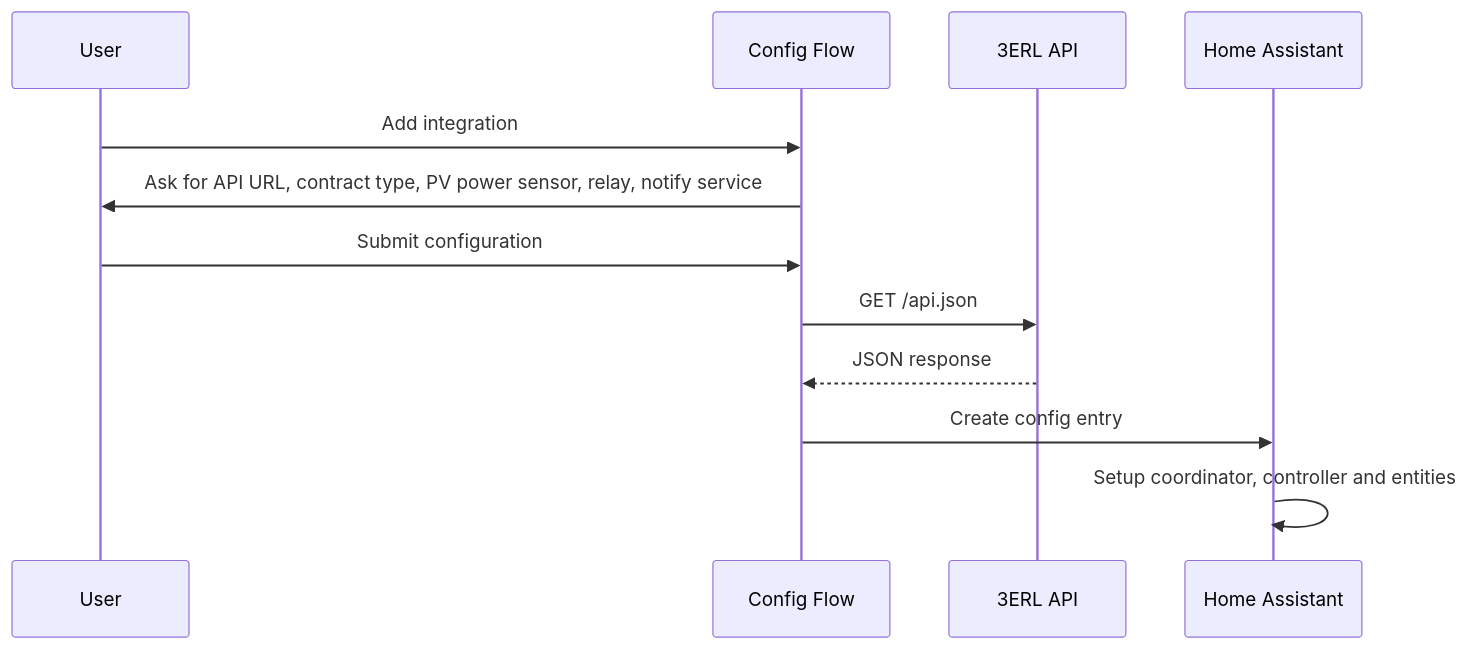
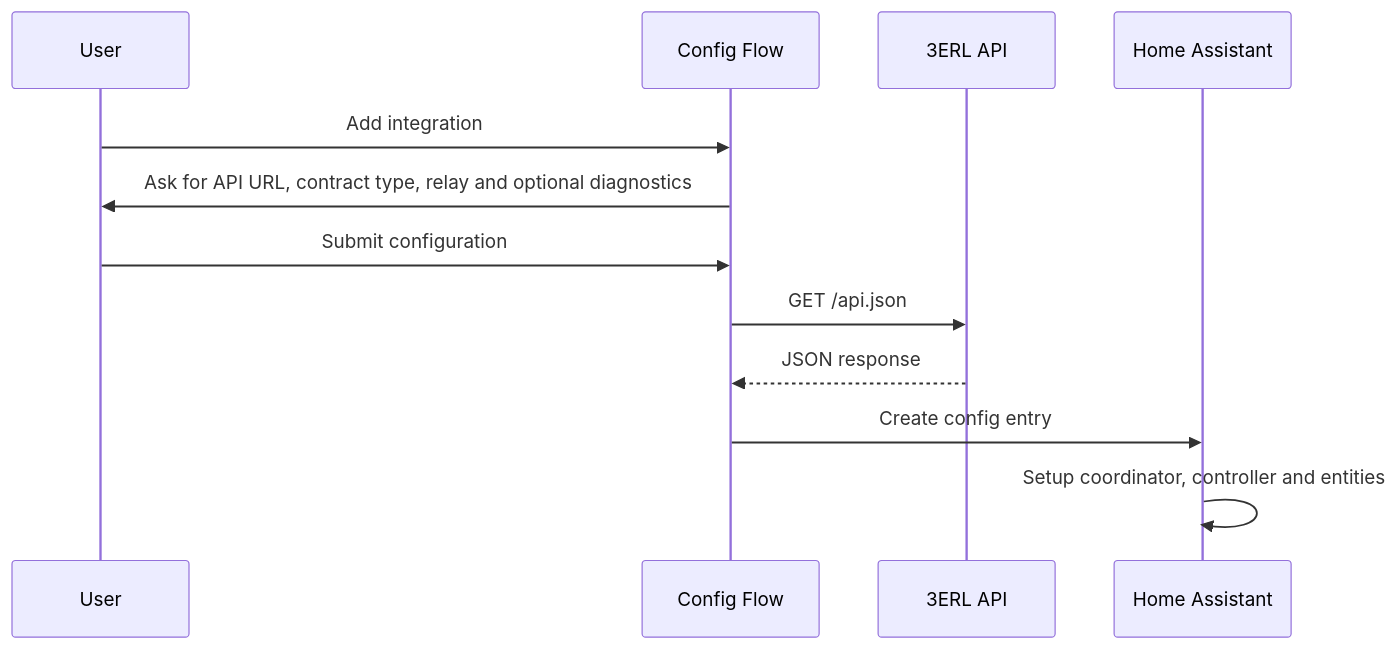
One commit to gounick/ha-zero-inject-3erl changed the third of 6 diagrams in WORKFLOW.md. Above: the diagram before and after it, drawn with Mermaid. The commit also changed other lines of this file and 60 other files, not shown here.

````diff
--- a/WORKFLOW.md
+++ b/WORKFLOW.md
@@ -46,15 +46,15 @@
 ```mermaid
 sequenceDiagram
     participant U as User
     participant CF as Config Flow
     participant API as 3ERL API
     participant HA as Home Assistant
 
     U->>CF: Add integration
-    CF->>U: Ask for API URL, contract type, PV power sensor, relay, notify service
+    CF->>U: Ask for API URL, contract type, relay and optional diagnostics
     U->>CF: Submit configuration
     CF->>API: GET /api.json
     API-->>CF: JSON response
     CF->>HA: Create config entry
     HA->>HA: Setup coordinator, controller and entities
 ```
````
